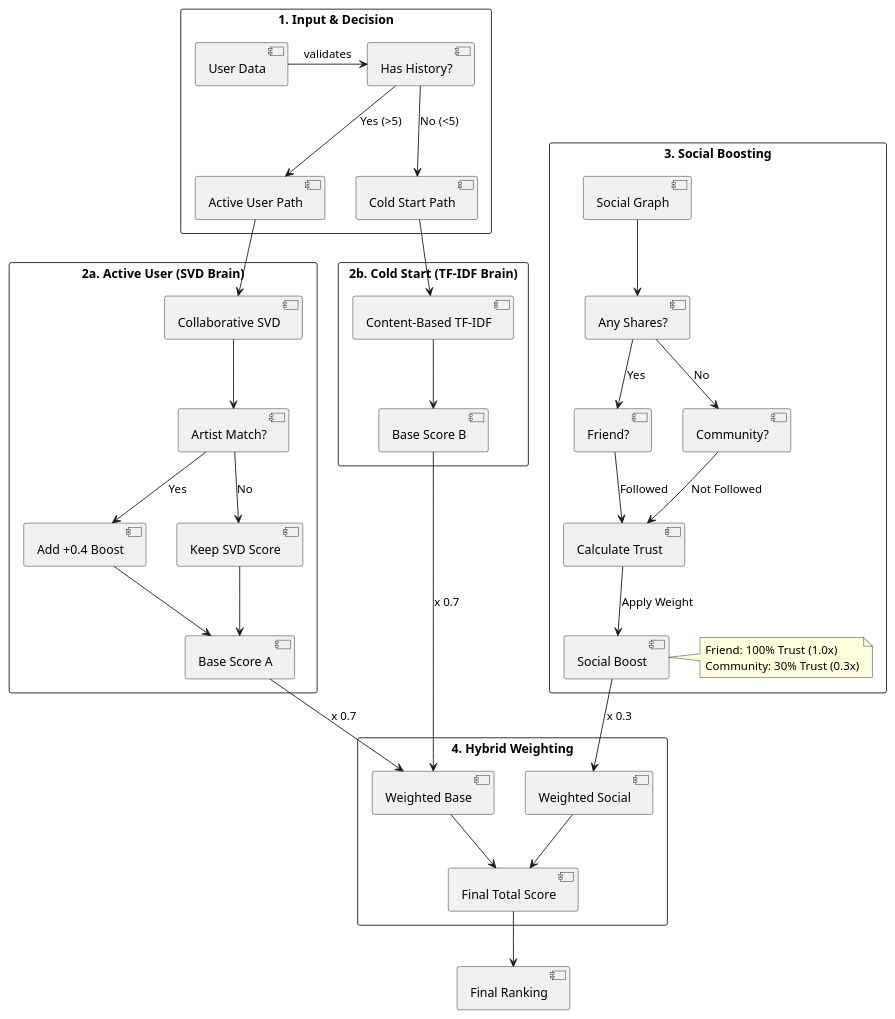
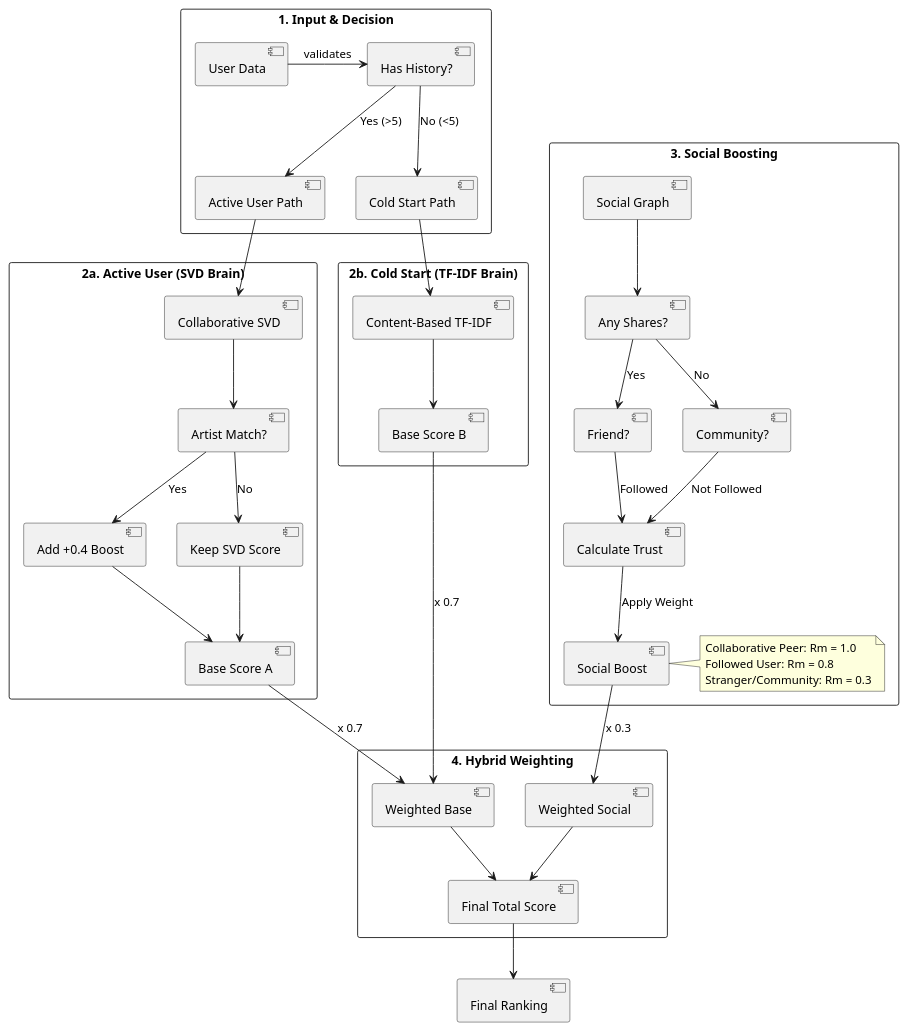
One commit to HeinreichMorphine/musicsocial changed the diagram in recsys.md. Above: the diagram before and after it, drawn with PlantUML. The commit also changed other lines of this file and 20 other files, not shown here.

````diff
--- a/recsys.md
+++ b/recsys.md
@@ -39,50 +39,51 @@
 ```plantuml
 @startuml
 skinparam packageStyle rectangle
 
 package "1. Input & Decision" {
   [User Data] -> [Has History?] : validates
   [Has History?] --> [Active User Path] : Yes (>5)
   [Has History?] --> [Cold Start Path] : No (<5)
 }
 
 package "2a. Active User (SVD Brain)" {
   [Active User Path] --> [Collaborative SVD]
   [Collaborative SVD] --> [Artist Match?]
   [Artist Match?] --> [Add +0.4 Boost] : Yes
   [Artist Match?] --> [Keep SVD Score] : No
   [Add +0.4 Boost] --> [Base Score A]
   [Keep SVD Score] --> [Base Score A]
 }
 
 package "2b. Cold Start (TF-IDF Brain)" {
   [Cold Start Path] --> [Content-Based TF-IDF]
   [Content-Based TF-IDF] --> [Base Score B]
 }
 
 package "3. Social Boosting" {
   [Social Graph] --> [Any Shares?]
   [Any Shares?] --> [Friend?] : Yes
   [Any Shares?] --> [Community?] : No
   
   [Friend?] --> [Calculate Trust] : Followed
   [Community?] --> [Calculate Trust] : Not Followed
   
   [Calculate Trust] --> [Social Boost] : Apply Weight
   note right
-    Friend: 100% Trust (1.0x)
-    Community: 30% Trust (0.3x)
+    Collaborative Peer: Rm = 1.0
+    Followed User: Rm = 0.8
+    Stranger/Community: Rm = 0.3
   end note
 }
 
 package "4. Hybrid Weighting" {
   [Base Score A] --> [Weighted Base] : x 0.7
   [Base Score B] --> [Weighted Base] : x 0.7
   [Social Boost] --> [Weighted Social] : x 0.3
   [Weighted Base] --> [Final Total Score]
   [Weighted Social] --> [Final Total Score]
 }
 
 [Final Total Score] --> [Final Ranking]
 @enduml
 ```
````
